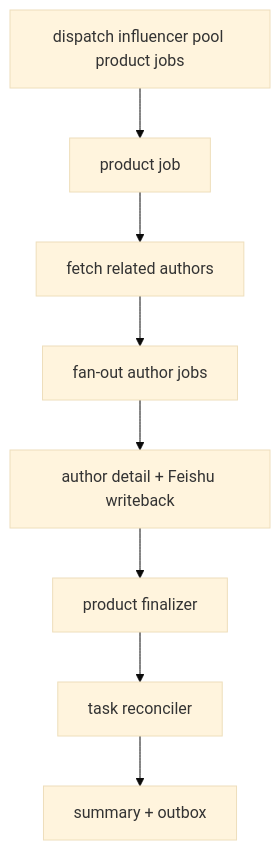
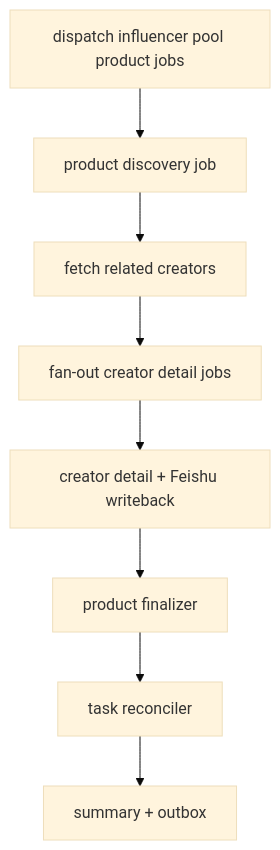
The fifth of 6 diagrams in docs/arch/workflow-redesign-review.md (knighterrantsky/mujitask), drawn with Mermaid (base theme) before and after one commit. The commit also changed other lines of this file and 53 other files, not shown here.

````diff
--- a/docs/arch/workflow-redesign-review.md
+++ b/docs/arch/workflow-redesign-review.md
@@ -316,10 +477,10 @@
 ```mermaid
 flowchart TD
-    A["dispatch influencer pool product jobs"] --> B["product job"]
-    B --> C["fetch related authors"]
-    C --> D["fan-out author jobs"]
-    D --> E["author detail + Feishu writeback"]
+    A["dispatch influencer pool product jobs"] --> B["product discovery job"]
+    B --> C["fetch related creators"]
+    C --> D["fan-out creator detail jobs"]
+    D --> E["creator detail + Feishu writeback"]
     E --> F["product finalizer"]
     F --> G["task reconciler"]
     G --> H["summary + outbox"]
 ```
````
